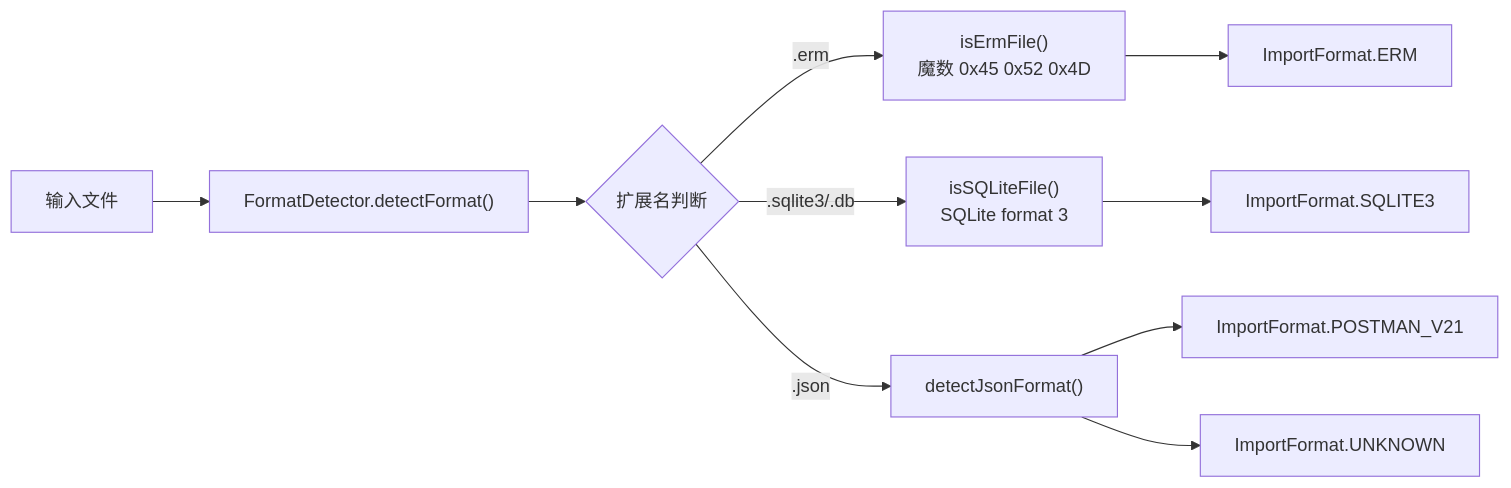
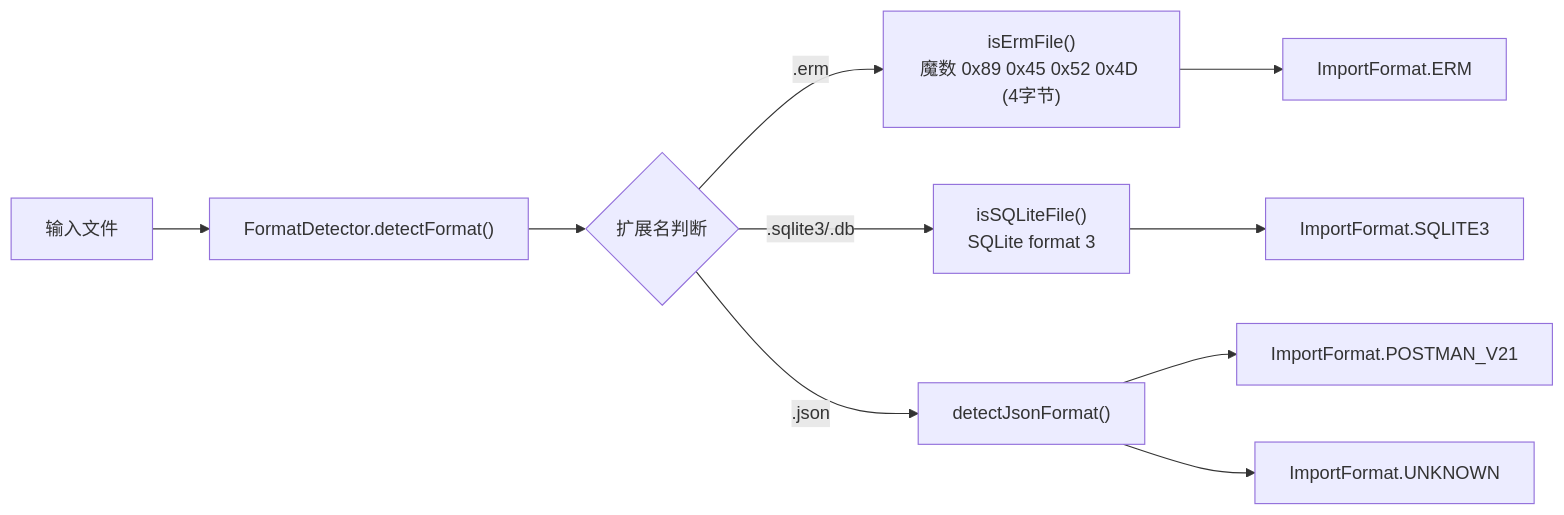
One commit to GitHubNull/repeaterManger changed diagram 21 of 28 in doc/data_flow_analysis.md. Above: the diagram before and after it, drawn with Mermaid. The commit also changed other lines of this file and 2 other files, not shown here.

````diff
--- a/doc/data_flow_analysis.md
+++ b/doc/data_flow_analysis.md
@@ -802,12 +802,12 @@
 ```mermaid
 graph LR
     A["输入文件"] --> B["FormatDetector.detectFormat()"]
     B --> C{扩展名判断}
-    C -->|.erm| D["isErmFile()<br/>魔数 0x45 0x52 0x4D"]
+    C -->|.erm| D["isErmFile()<br/>魔数 0x89 0x45 0x52 0x4D (4字节)"]
     C -->|.sqlite3/.db| E["isSQLiteFile()<br/>SQLite format 3"]
     C -->|.json| F["detectJsonFormat()"]
     D --> G["ImportFormat.ERM"]
     E --> H["ImportFormat.SQLITE3"]
     F --> I["ImportFormat.POSTMAN_V21"]
     F --> J["ImportFormat.UNKNOWN"]
 ```
````
